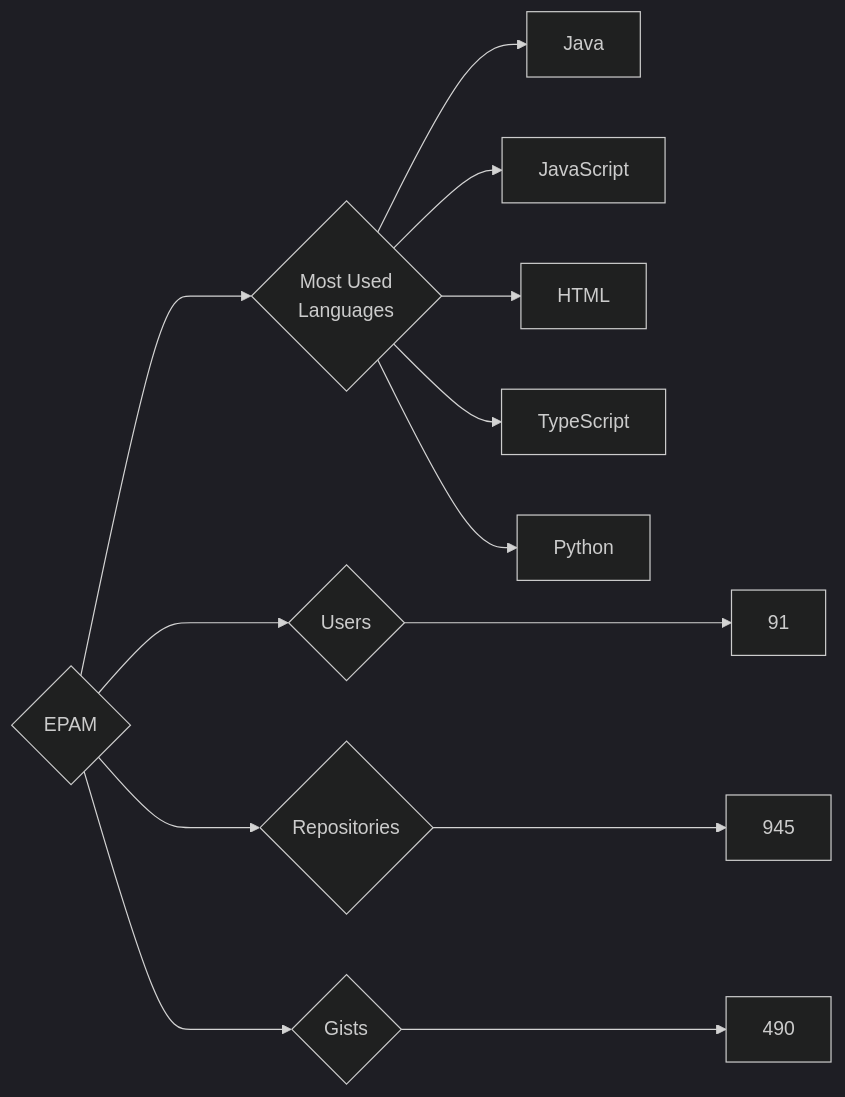
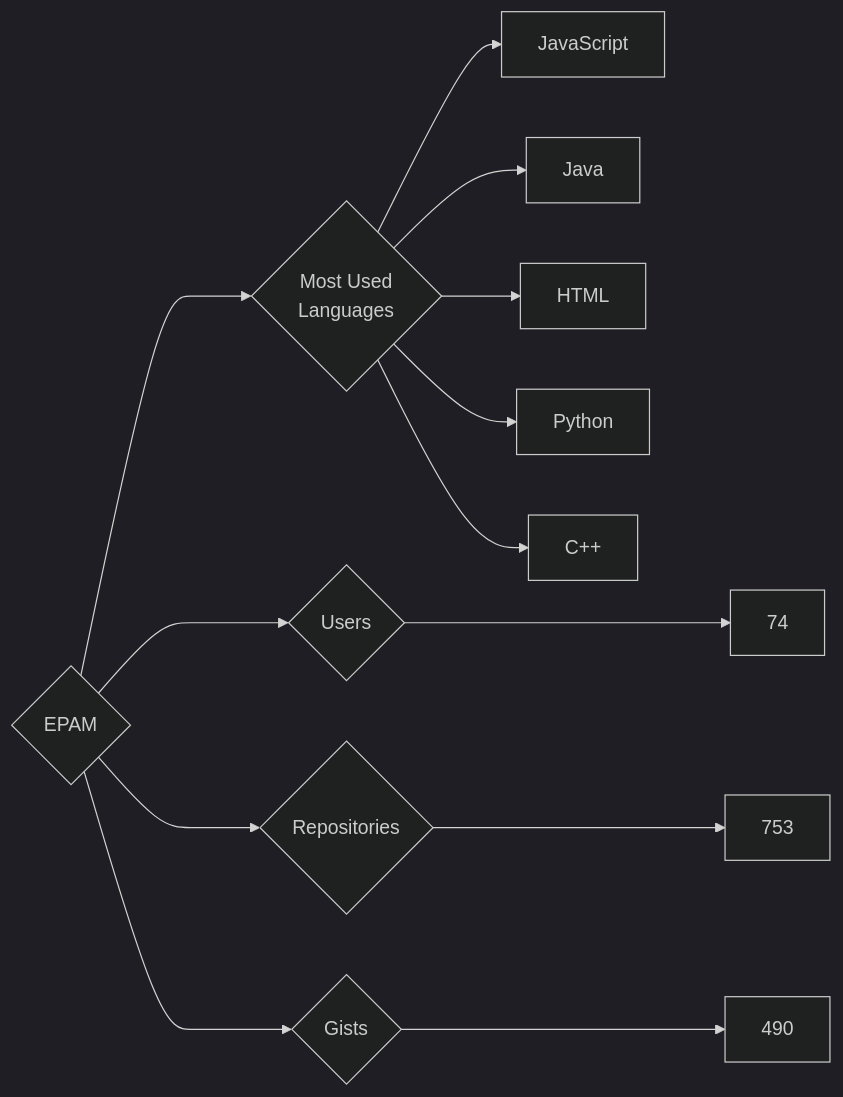
Before and after one commit to trickest/insiders: the diagram in targets/EPAM/README.md, drawn with Mermaid (dark theme). The commit also changed 874 other files, not shown here.

````diff
--- a/targets/EPAM/README.md
+++ b/targets/EPAM/README.md
@@ -3,13 +3,13 @@
 ```mermaid
 graph LR
 COMPANY_NAME{EPAM}
-COMPANY_NAME ---> U{Users} ---> UN[91]
-COMPANY_NAME ---> R{Repositories} ---> RN[945]
+COMPANY_NAME ---> U{Users} ---> UN[74]
+COMPANY_NAME ---> R{Repositories} ---> RN[753]
 COMPANY_NAME ---> G{Gists} ---> GN[490]
 COMPANY_NAME ---> ML{Most Used<br>Languages}
+ML --> JavaScript[JavaScript]
 ML --> Java[Java]
-ML --> JavaScript[JavaScript]
 ML --> HTML[HTML]
-ML --> TypeScript[TypeScript]
 ML --> Python[Python]
+ML --> C++[C++]
 ```
````
